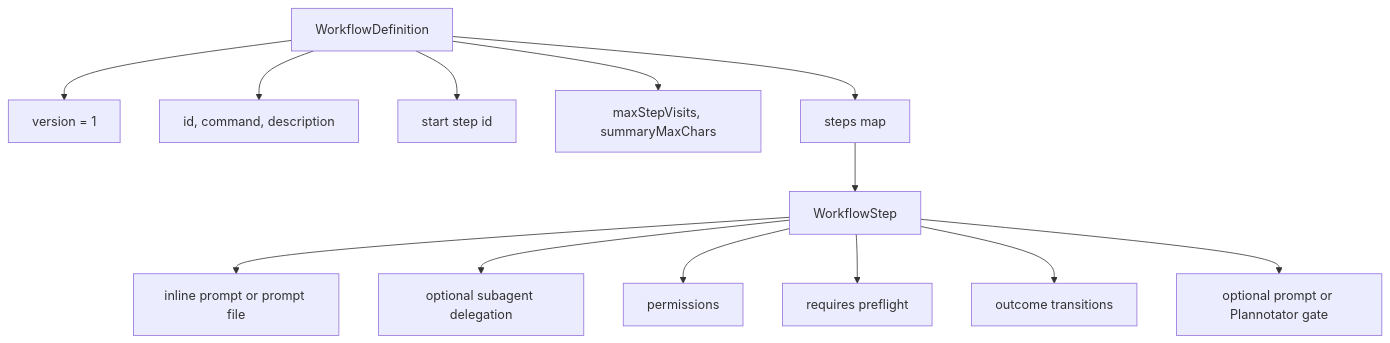
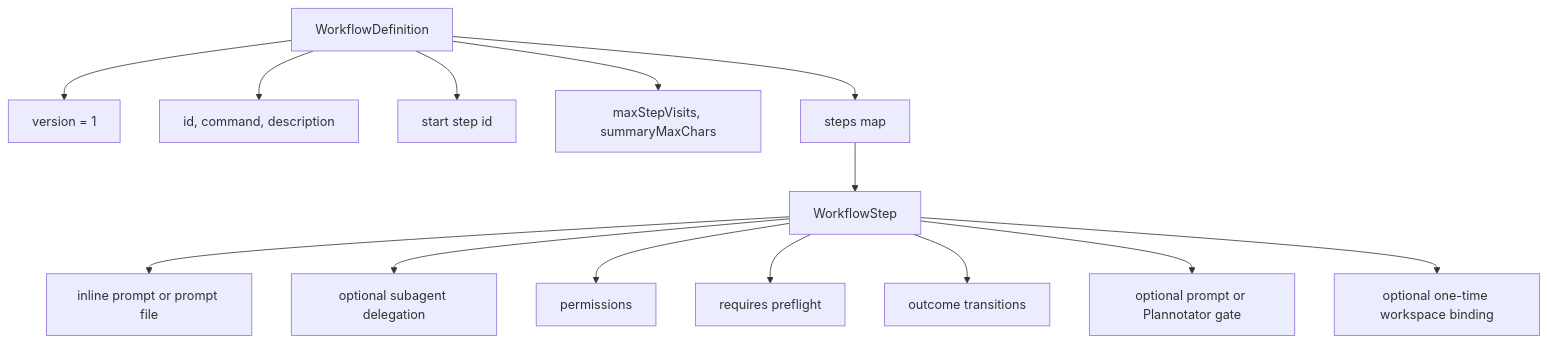
One commit to wichayutdew/pi-workflows changed the first of 7 diagrams in openwiki/authoring/workflow-files.md. Above: the diagram before and after it, drawn with Mermaid. The commit also changed other lines of this file and 180 other files, not shown here.

````diff
--- a/openwiki/authoring/workflow-files.md
+++ b/openwiki/authoring/workflow-files.md
@@ -5,16 +5,17 @@
 ```mermaid
 flowchart TD
   Workflow[WorkflowDefinition] --> Version[version = 1]
   Workflow --> Identity[id, command, description]
   Workflow --> Start[start step id]
   Workflow --> Limits[maxStepVisits, summaryMaxChars]
   Workflow --> Steps[steps map]
 
   Steps --> Step[WorkflowStep]
   Step --> Prompt[inline prompt or prompt file]
   Step --> Subagent[optional subagent delegation]
   Step --> Permissions[permissions]
   Step --> Requires[requires preflight]
   Step --> Transitions[outcome transitions]
   Step --> Gate[optional prompt or Plannotator gate]
+  Step --> Workspace[optional one-time workspace binding]
 ```
````
